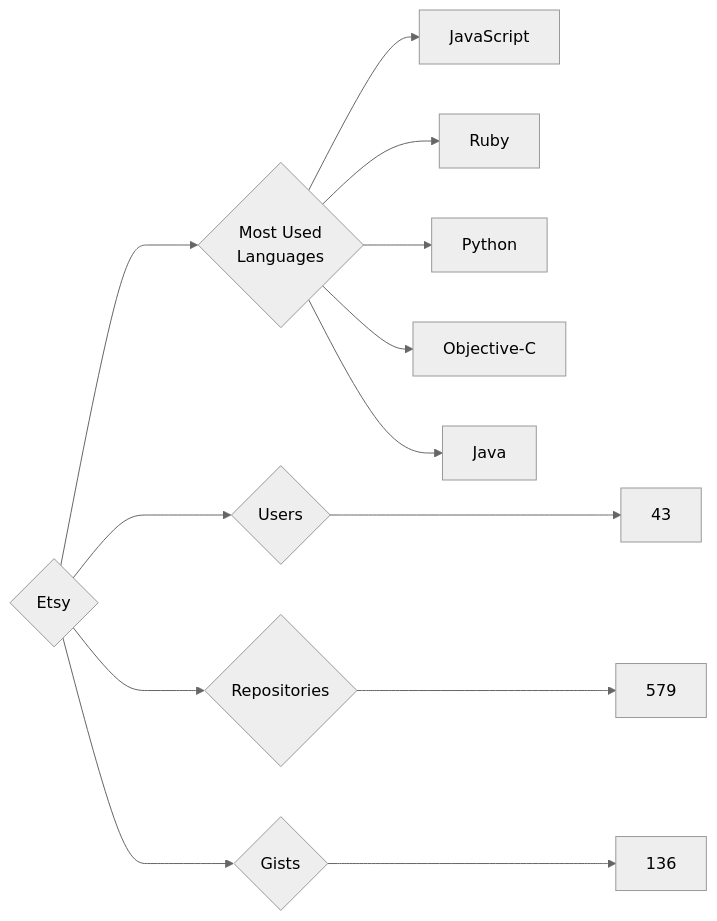
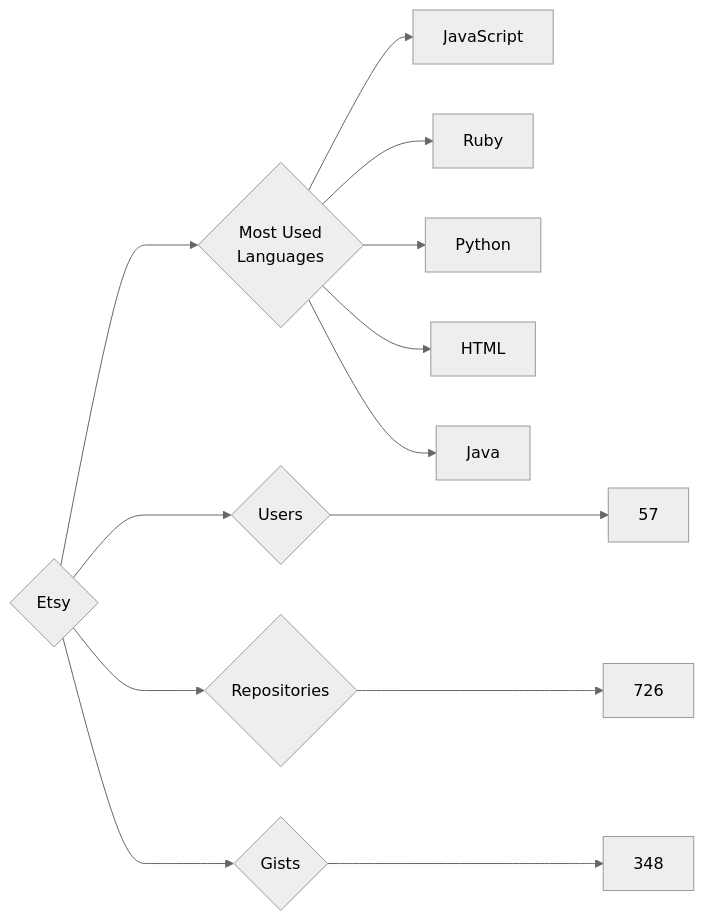
The diagram in targets/Etsy/README.md (trickest/insiders), drawn with Mermaid (neutral theme) before and after one commit. The commit also changed 873 other files, not shown here.

````diff
--- a/targets/Etsy/README.md
+++ b/targets/Etsy/README.md
@@ -3,13 +3,13 @@
 ```mermaid
 graph LR
 COMPANY_NAME{Etsy}
-COMPANY_NAME ---> U{Users} ---> UN[43]
-COMPANY_NAME ---> R{Repositories} ---> RN[579]
-COMPANY_NAME ---> G{Gists} ---> GN[136]
+COMPANY_NAME ---> U{Users} ---> UN[57]
+COMPANY_NAME ---> R{Repositories} ---> RN[726]
+COMPANY_NAME ---> G{Gists} ---> GN[348]
 COMPANY_NAME ---> ML{Most Used<br>Languages}
 ML --> JavaScript[JavaScript]
 ML --> Ruby[Ruby]
 ML --> Python[Python]
-ML --> Objective-C[Objective-C]
+ML --> HTML[HTML]
 ML --> Java[Java]
 ```
````
